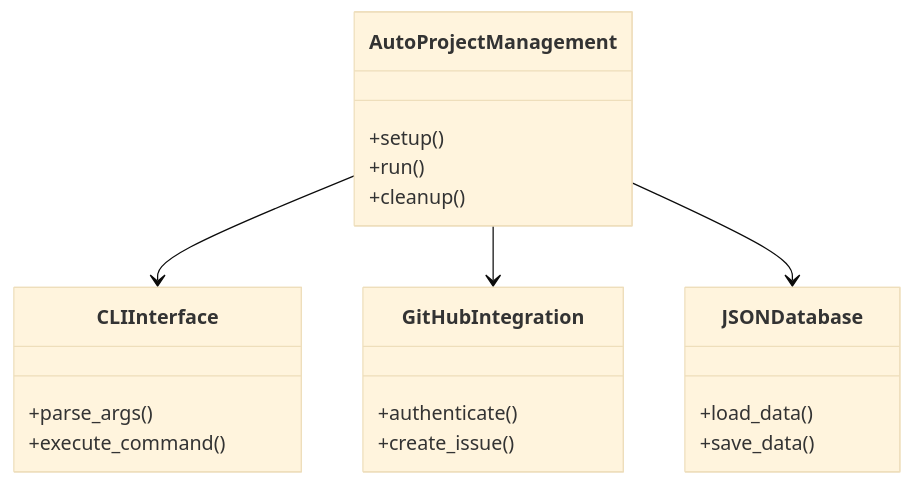
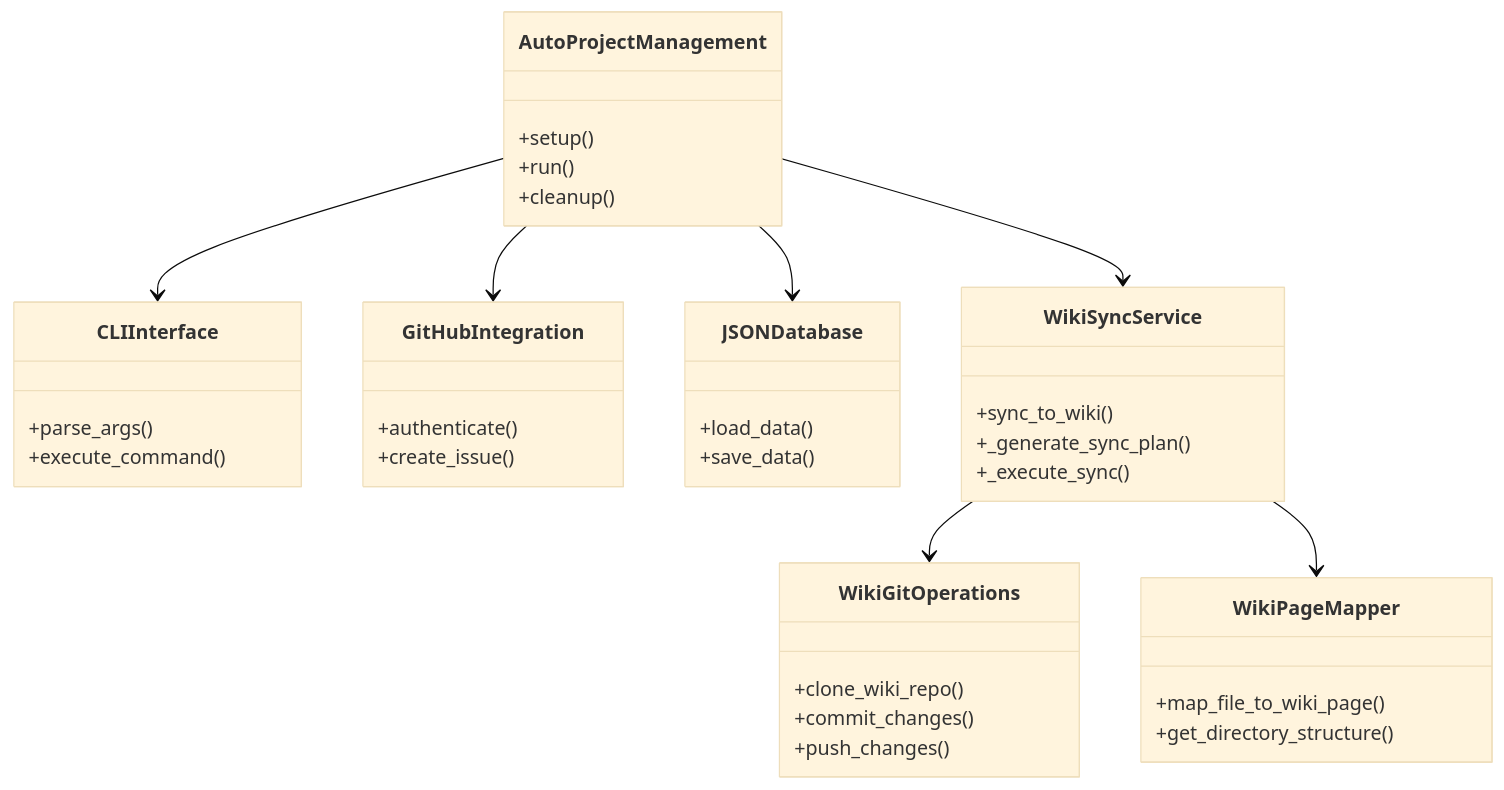
Before and after one commit to Shakour-Data/AutoProjectManagement: the ninth of 11 diagrams in README.md, drawn with Mermaid (base theme). The commit also changed other lines of this file, not shown here.

Commit message:
`feat: add GitHub Wiki synchronization feature with new services and workflow`

````diff
--- a/README.md
+++ b/README.md
@@ -113,27 +138,47 @@
 ```mermaid
 classDiagram
     class AutoProjectManagement {
         +setup()
         +run()
         +cleanup()
     }
     
     class CLIInterface {
         +parse_args()
         +execute_command()
     }
     
     class GitHubIntegration {
         +authenticate()
         +create_issue()
     }
     
     class JSONDatabase {
         +load_data()
         +save_data()
     }
     
+    class WikiSyncService {
+        +sync_to_wiki()
+        +_generate_sync_plan()
+        +_execute_sync()
+    }
+    
+    class WikiGitOperations {
+        +clone_wiki_repo()
+        +commit_changes()
+        +push_changes()
+    }
+    
+    class WikiPageMapper {
+        +map_file_to_wiki_page()
+        +get_directory_structure()
+    }
+    
     AutoProjectManagement --> CLIInterface
     AutoProjectManagement --> GitHubIntegration
     AutoProjectManagement --> JSONDatabase
+    AutoProjectManagement --> WikiSyncService
+    WikiSyncService --> WikiGitOperations
+    WikiSyncService --> WikiPageMapper
 ```
````
